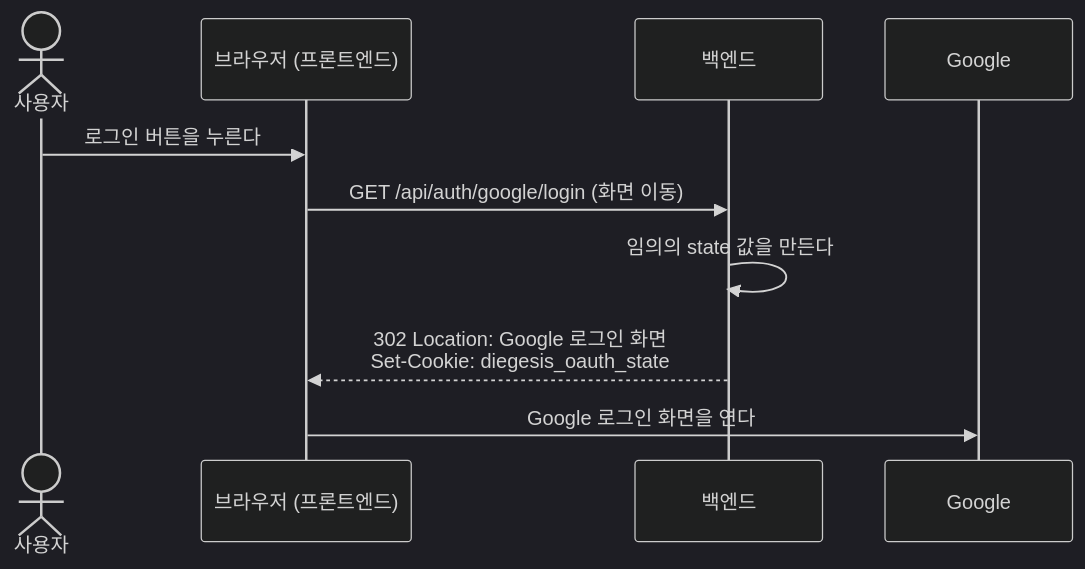
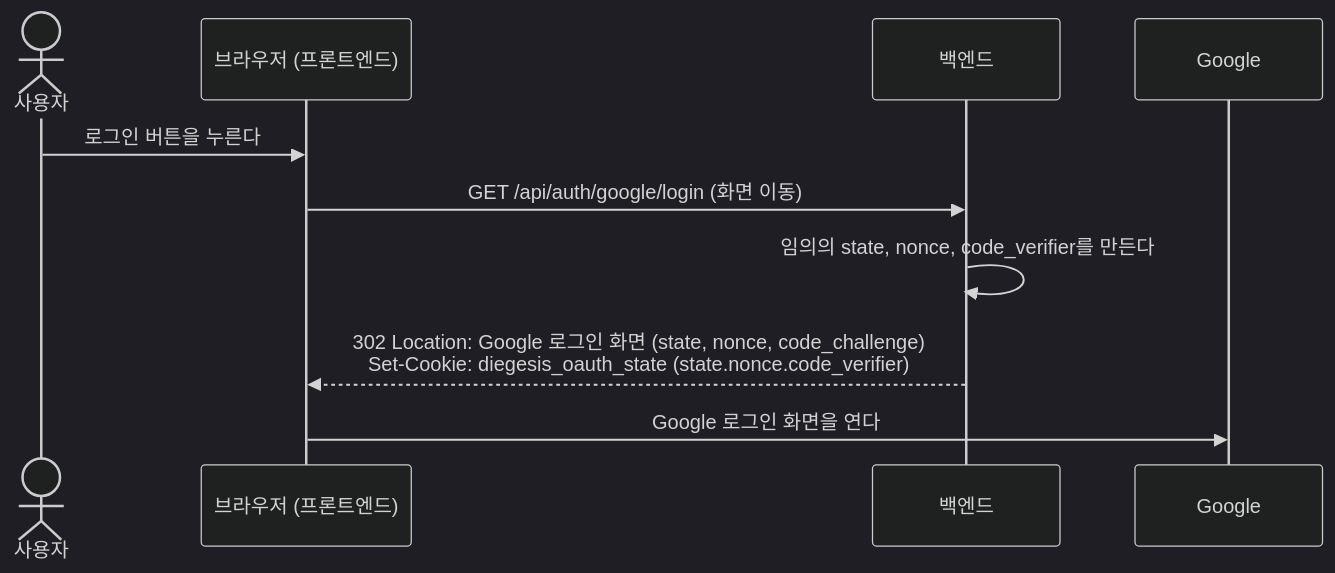
One commit to diegesis-labs/BE changed the second of 5 diagrams in docs/API.md. Above: the diagram before and after it, drawn with Mermaid (dark theme). The commit also changed other lines of this file and 12 other files, not shown here.

````diff
--- a/docs/API.md
+++ b/docs/API.md
@@ -198,13 +225,13 @@
     ```mermaid
     sequenceDiagram
       actor U as 사용자
       participant B as 브라우저 (프론트엔드)
       participant BE as 백엔드
       participant G as Google
 
       U->>B: 로그인 버튼을 누른다
       B->>BE: GET /api/auth/google/login (화면 이동)
-      BE->>BE: 임의의 state 값을 만든다
-      BE-->>B: 302 Location: Google 로그인 화면<br/>Set-Cookie: diegesis_oauth_state
+      BE->>BE: 임의의 state, nonce, code_verifier를 만든다
+      BE-->>B: 302 Location: Google 로그인 화면 (state, nonce, code_challenge)<br/>Set-Cookie: diegesis_oauth_state (state.nonce.code_verifier)
       B->>G: Google 로그인 화면을 연다
     ```
````
